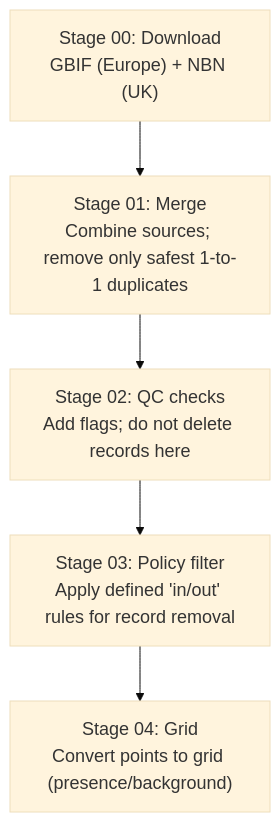
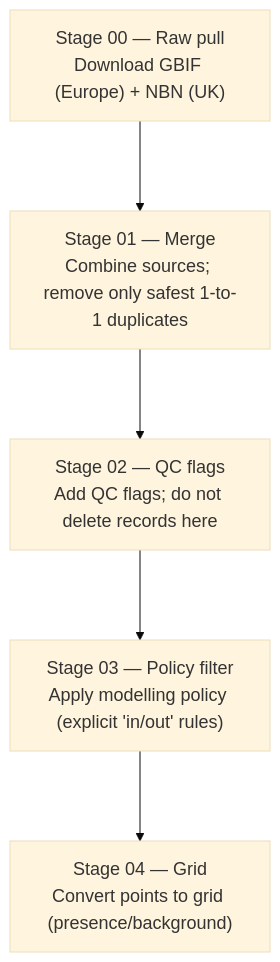
The diagram in docs/pipeline_transparency.qmd (JamesRimmerEco/InfluentialSpecies), drawn with Mermaid before and after one commit. The commit also changed other lines of this file, not shown here.

Commit message:
Adding stage 03 to diagram

````diff
--- a/docs/pipeline_transparency.qmd
+++ b/docs/pipeline_transparency.qmd
@@ -49,13 +51,8 @@
 ```{mermaid}
-%%{init: {
-  'theme': 'base',
-  'themeVariables': { 'fontSize': '18px' },
-  'flowchart': { 'nodeSpacing': 60, 'rankSpacing': 55 }
-}}%%
-flowchart TD
-A["Stage 00: Download<br/>GBIF (Europe) + NBN (UK)"]
-  --> B["Stage 01: Merge<br/>Combine sources; remove only safest 1-to-1 duplicates"]
-B --> C["Stage 02: QC checks<br/>Add flags; do not delete records here"]
-C --> D["Stage 03: Policy filter<br/>Apply defined 'in/out' rules for record removal"]
-D --> E["Stage 04: Grid<br/>Convert points to grid (presence/background)"]
+%%{init: {"theme":"base","themeVariables":{"fontSize":"18px"},"flowchart":{"curve":"linear","nodeSpacing":60,"rankSpacing":90}}}%%
+flowchart TB
+  A["Stage 00 — Raw pull<br/>Download GBIF (Europe) + NBN (UK)"] --> B["Stage 01 — Merge<br/>Combine sources; remove only safest 1-to-1 duplicates"]
+  B --> C["Stage 02 — QC flags<br/>Add QC flags; do not delete records here"]
+  C --> D["Stage 03 — Policy filter<br/>Apply modelling policy (explicit 'in/out' rules)"]
+  D --> E["Stage 04 — Grid<br/>Convert points to grid (presence/background)"]
 ```
````
